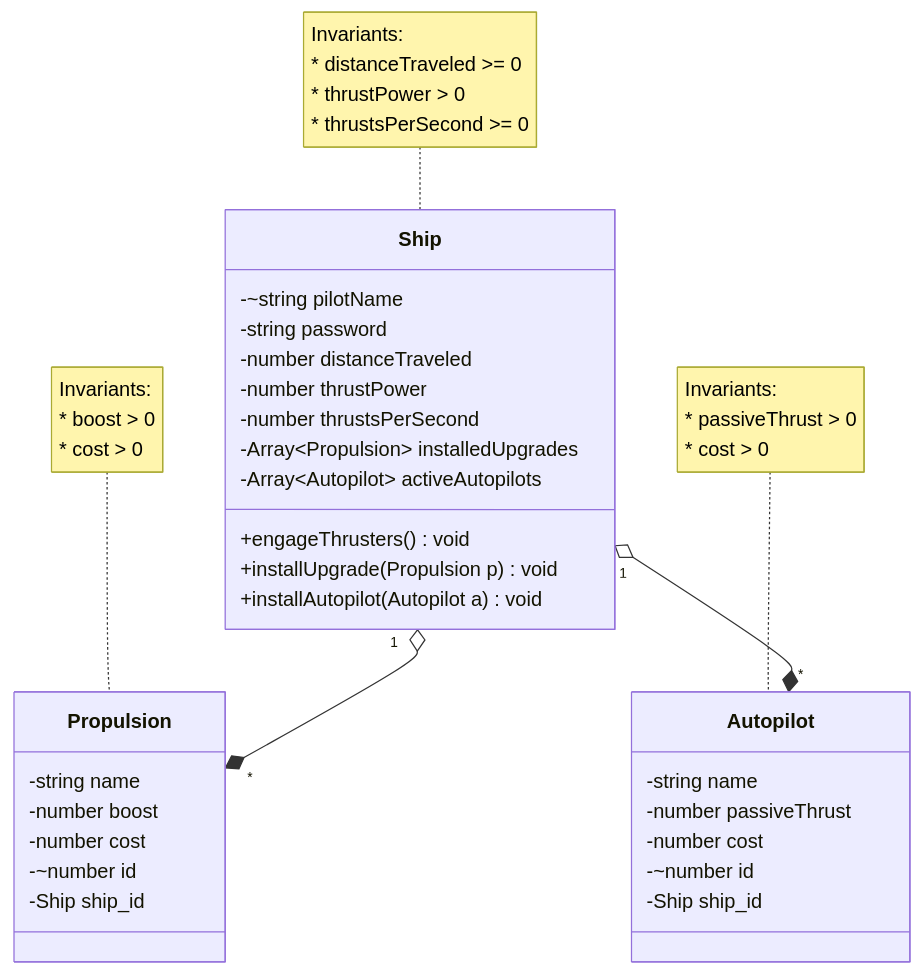
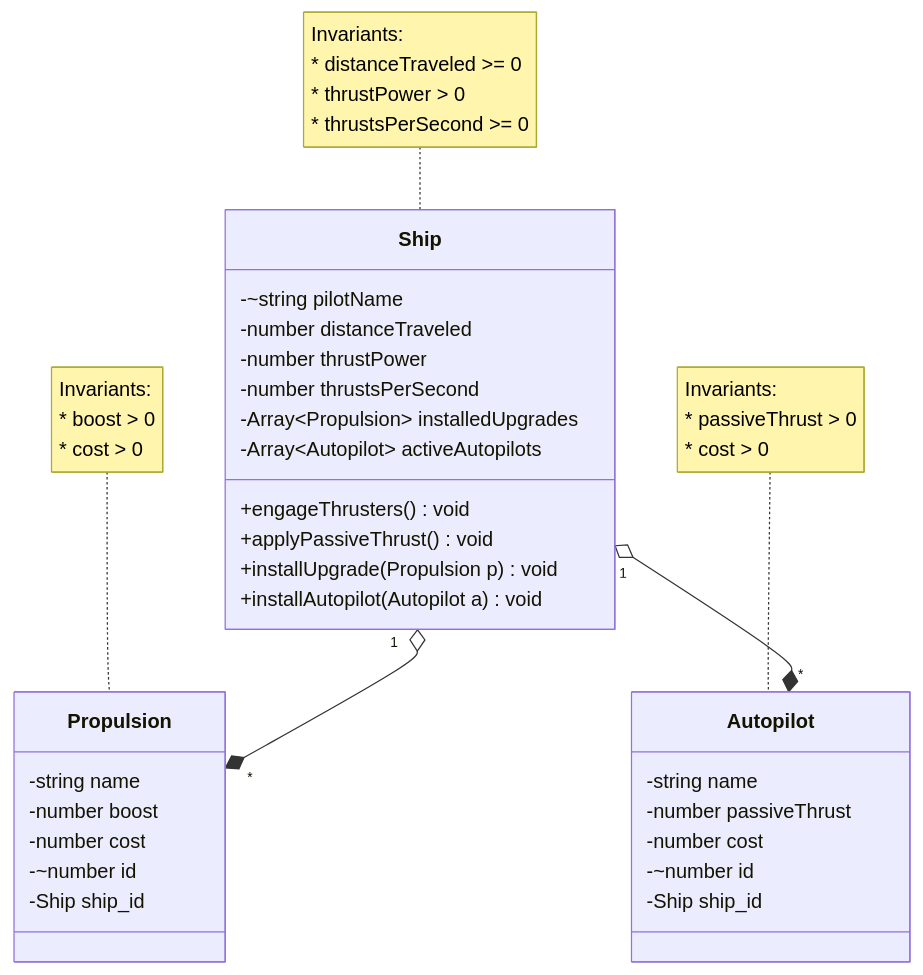
One commit to TheTaiMan/Void-Voyager changed the diagram in domain.md. Above: the diagram before and after it, drawn with Mermaid. The commit also changed other lines of this file and 1 other file, not shown here.

````diff
--- a/domain.md
+++ b/domain.md
@@ -13,63 +28,61 @@
 ```mermaid
 classDiagram
     %% Game State / Single Player Account
     class Ship {
         %% Account info
         %% pilotName is the natural key, no synthetic id needed
         -~string pilotName
-        -string password
         
         %% Game progress
         -number distanceTraveled
         -number thrustPower
         -number thrustsPerSecond
         
         %% Owned upgrades and autopilots
         -Array~Propulsion~ installedUpgrades
         -Array~Autopilot~ activeAutopilots
         
         %% Main actions
         +engageThrusters() void
+        +applyPassiveThrust() void
         +installUpgrade(Propulsion p) void
         +installAutopilot(Autopilot a) void
     }
 
     note for Ship "Invariants:
     * distanceTraveled >= 0
     * thrustPower > 0
     * thrustsPerSecond >= 0"
 
     class Propulsion {
         -string name
         -number boost
         -number cost
 
         %% No natural key exists, so a synthetic id is required
         -~number id
-        %% ship is a DB only
         -Ship ship_id
     }
 
     note for Propulsion "Invariants:
     * boost > 0
     * cost > 0"
 
     class Autopilot {
         -string name
         %% Clicks Per Second
         -number passiveThrust
         -number cost
 
         %% No natural key exists, so a synthetic id is required
         -~number id
-        %% ship is a DB only
         -Ship ship_id
     }
 
     note for Autopilot "Invariants:
     * passiveThrust > 0
     * cost > 0"
 
     Ship "1" o--* "*" Propulsion
     Ship "1" o--* "*" Autopilot
 ```
````
